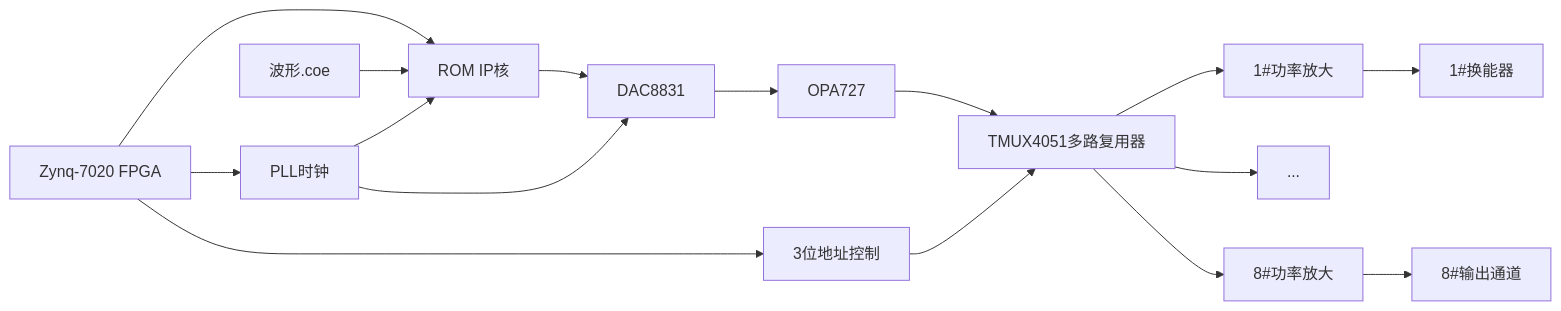
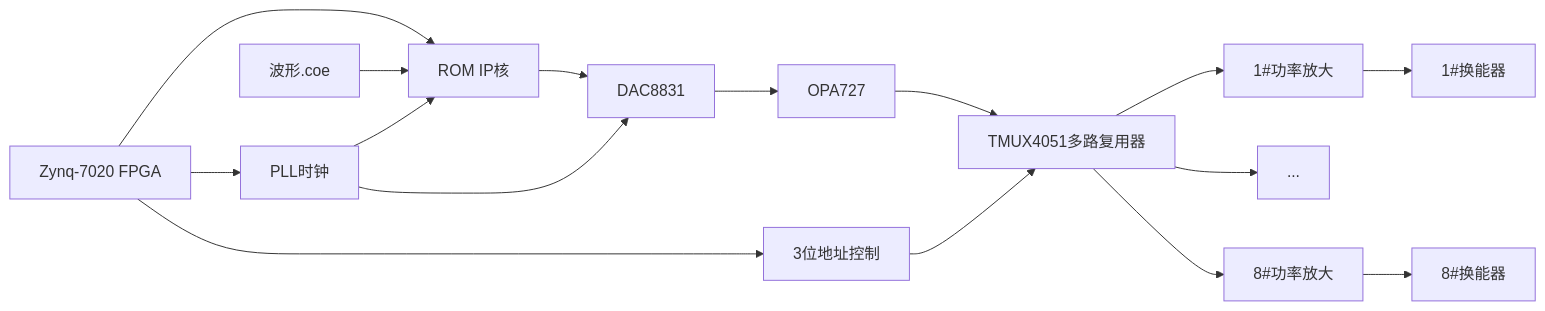
One commit to Rukawa15/iodraw-files changed the diagram in all/信号发生.md. Above: the diagram before and after it, drawn with Mermaid.

Commit message:
2025-06-19 14:31:04 update

````diff
--- a/all/信号发生.md
+++ b/all/信号发生.md
@@ -1,13 +1,13 @@
 ```mermaid
 graph LR
 A[Zynq-7020 FPGA] --> C[ROM IP核]
 L[波形.coe] --> C 
 A --> B[PLL时钟] --> C
 C --> D[DAC8831] 
 B --> D[DAC8831] 
 D --> E[OPA727] --> F[TMUX4051多路复用器]
 F --> H1[1#功率放大] --> I1[1#换能器]
 F --> ...
-F --> H8[8#功率放大] --> I8[8#输出通道]
+F --> H8[8#功率放大] --> I8[8#换能器]
 A --> G[3位地址控制] --> F
 ```
````
